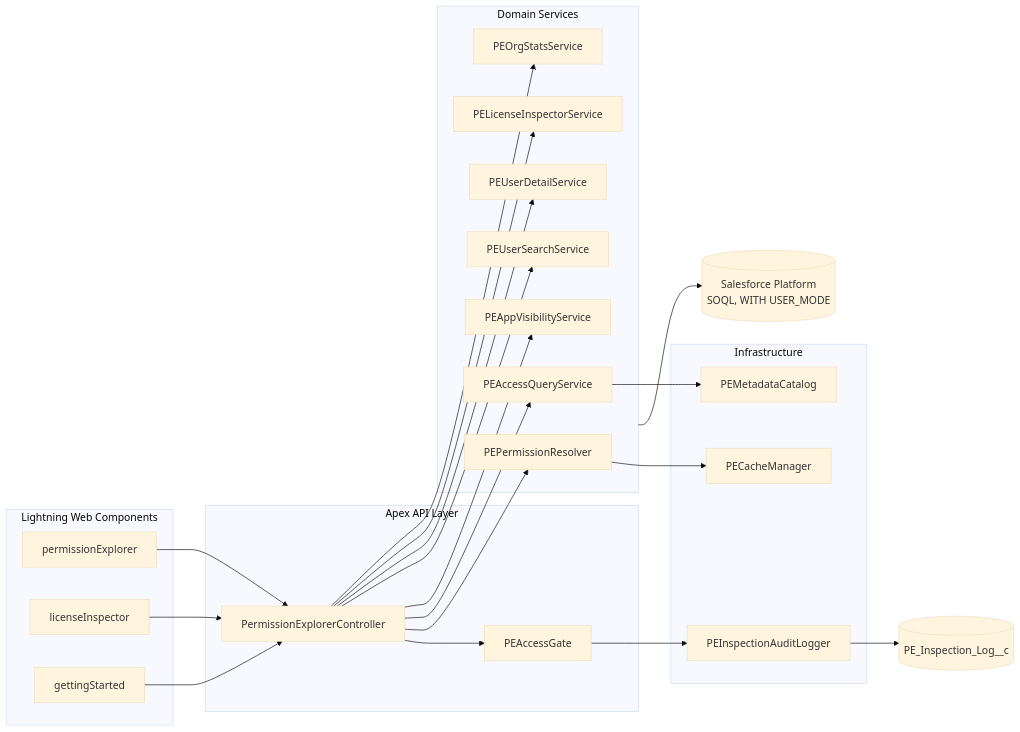
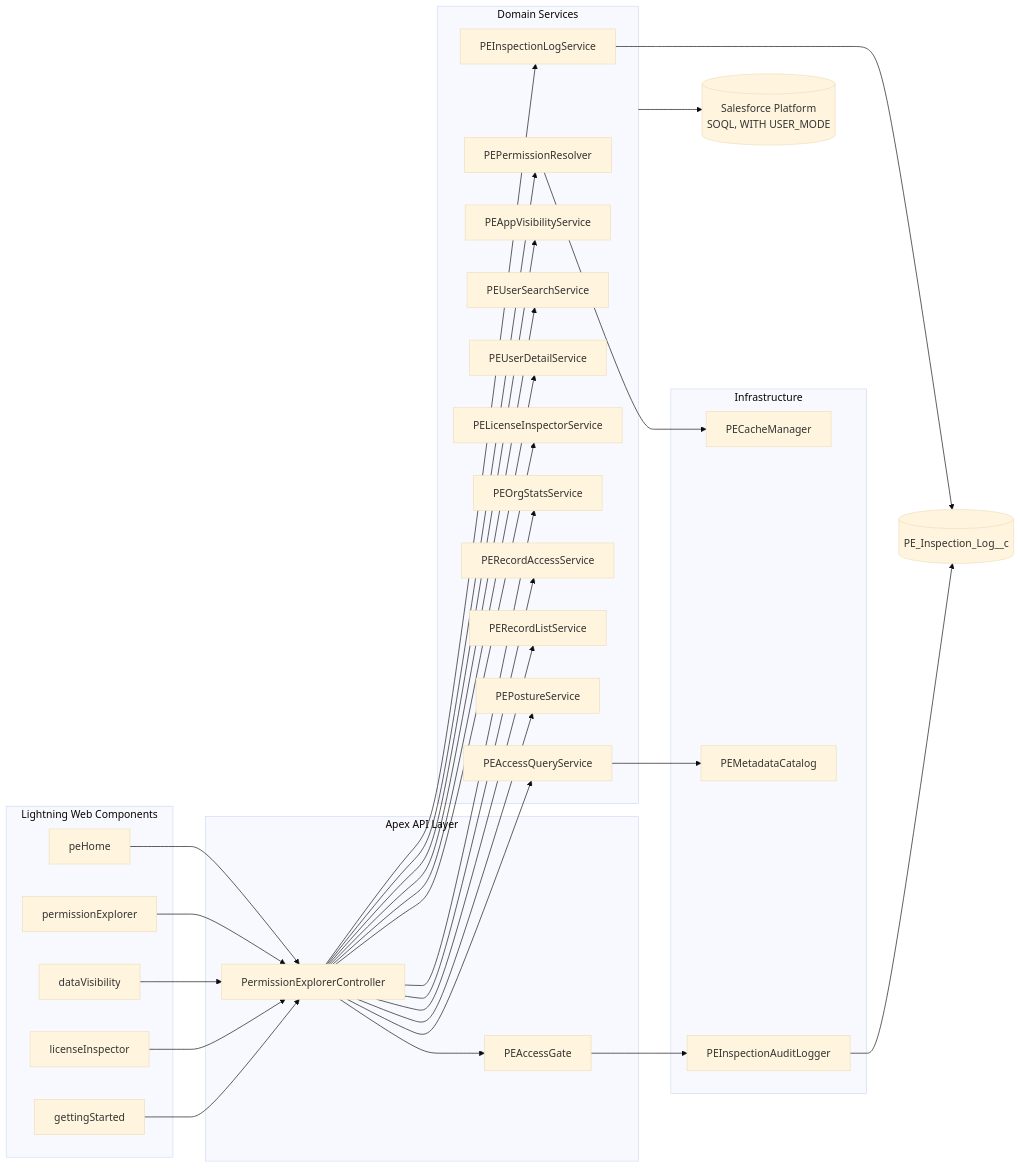
Before and after one commit to DemoProjectDjango/Who-Sees-What: the diagram in README.md, drawn with Mermaid (base theme). The commit also changed other lines of this file and 31 other files, not shown here.

First line of the commit message:
feat: Add documentation for Record Visibility, Roadmap, and Upgrade Notes

````diff
--- a/README.md
+++ b/README.md
@@ -155,37 +182,44 @@
 ```mermaid
 flowchart LR
     subgraph UI["Lightning Web Components"]
+        HM[peHome]
         PE[permissionExplorer]
+        DV[dataVisibility]
         LI[licenseInspector]
         GS[gettingStarted]
     end
 
     subgraph API["Apex API Layer"]
         CTRL[PermissionExplorerController]
         GATE[PEAccessGate]
     end
 
     subgraph SVC["Domain Services"]
         RES[PEPermissionResolver]
         AQS[PEAccessQueryService]
         AVS[PEAppVisibilityService]
         USS[PEUserSearchService]
         UDS[PEUserDetailService]
         LIS[PELicenseInspectorService]
         OSS[PEOrgStatsService]
+        RAS[PERecordAccessService]
+        RLS[PERecordListService]
+        PST[PEPostureService]
+        ILS[PEInspectionLogService]
     end
 
     subgraph INF["Infrastructure"]
         CACHE[PECacheManager]
         CAT[PEMetadataCatalog]
         LOG[PEInspectionAuditLogger]
     end
 
-    PE & LI & GS --> CTRL
+    HM & PE & DV & LI & GS --> CTRL
     CTRL --> GATE --> LOG
-    CTRL --> RES & AQS & AVS & USS & UDS & LIS & OSS
+    CTRL --> RES & AQS & AVS & USS & UDS & LIS & OSS & RAS & RLS & PST & ILS
+    ILS --> LOGOBJ
     RES --> CACHE
     AQS --> CAT
     SVC --> DB[(Salesforce Platform<br/>SOQL, WITH USER_MODE)]
     LOG --> LOGOBJ[(PE_Inspection_Log__c)]
 ```
````
